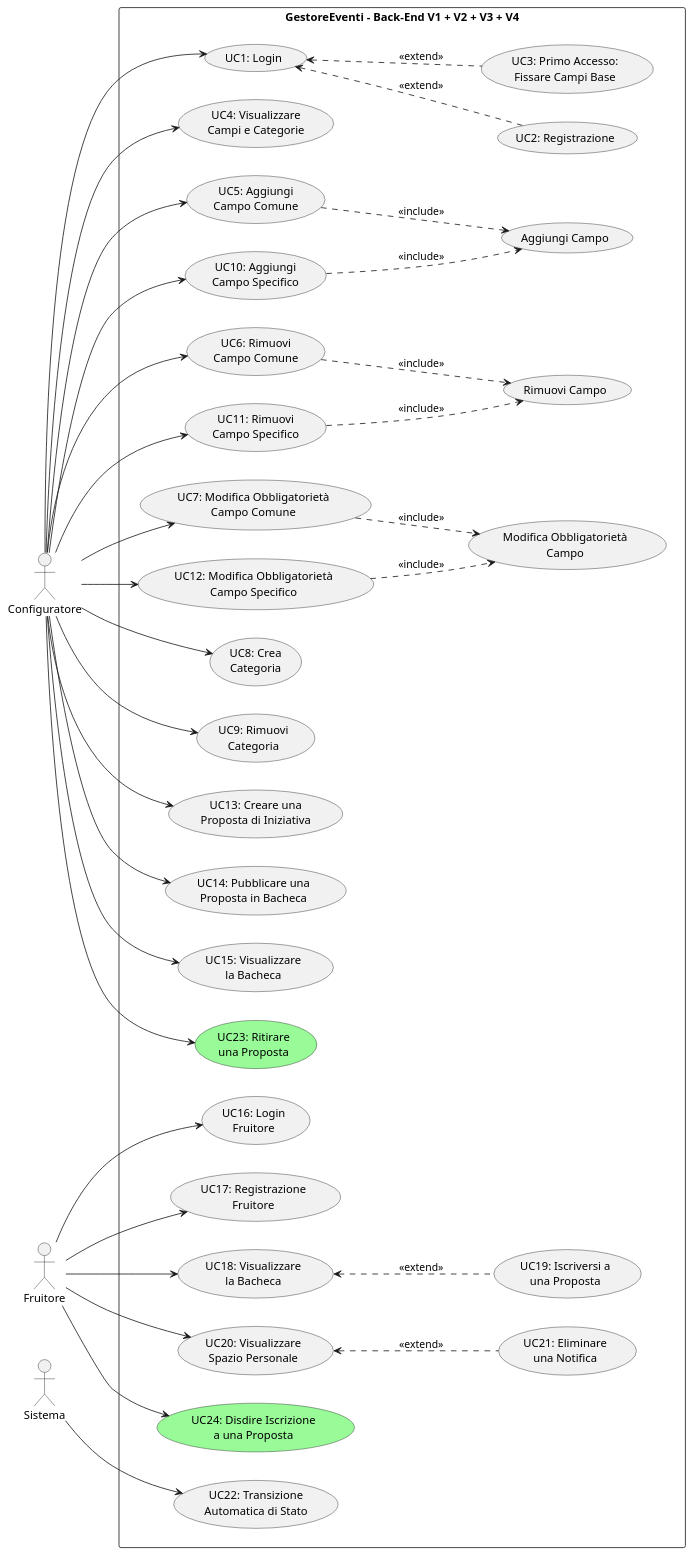
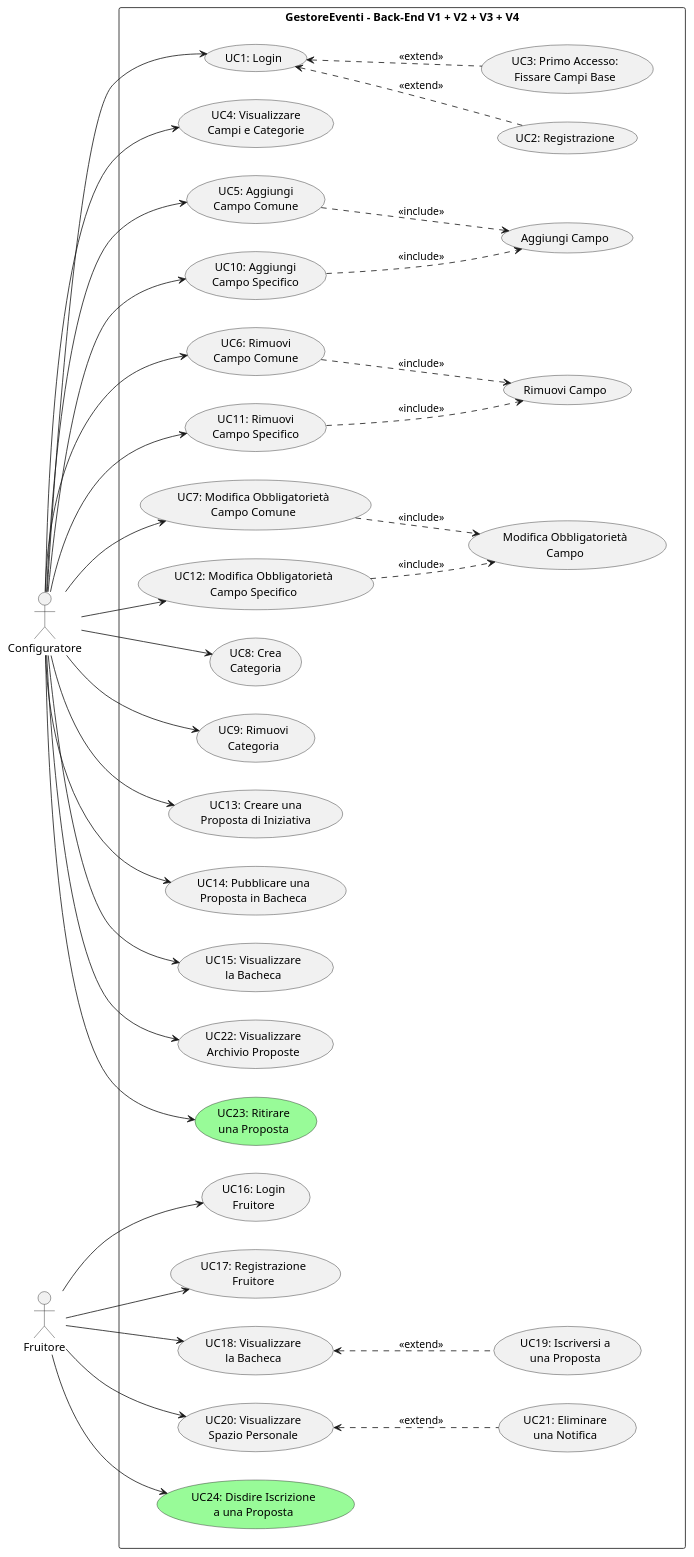
Before and after one commit to brahimgrr/GestoreEventi: the diagram in doc/v4/UC V4.puml, drawn with PlantUML. The commit also changed 7 other files, not shown here.

Commit message:
Add use case documentation and diagrams for versions V1 through V5

```diff
--- a/doc/v4/UC V4.puml
+++ b/doc/v4/UC V4.puml
@@ -1,105 +1,101 @@
 @startuml
 left to right direction
 
 actor Configuratore as C
 actor Fruitore as F
-actor Sistema as S
 
 rectangle "GestoreEventi - Back-End V1 + V2 + V3 + V4" {
 
 ' ================= LEFT SIDE (Configuratore) =================
 together {
   usecase "UC1: Login" as Login
   usecase "UC2: Registrazione" as Reg
   usecase "UC3: Primo Accesso:\nFissare Campi Base" as Primo
 
   usecase "UC4: Visualizzare\nCampi e Categorie" as Vis
 
   usecase "UC5: Aggiungi\nCampo Comune" as ACC
   usecase "UC10: Aggiungi\nCampo Specifico" as ACS
   usecase "Aggiungi Campo" as AC
 
   usecase "UC6: Rimuovi\nCampo Comune" as RCC
   usecase "UC11: Rimuovi\nCampo Specifico" as RCS
   usecase "Rimuovi Campo" as RC
 
   usecase "UC7: Modifica Obbligatorietà\nCampo Comune" as MOCC
   usecase "UC12: Modifica Obbligatorietà\nCampo Specifico" as MOCS
   usecase "Modifica Obbligatorietà\nCampo" as MO
 
   usecase "UC8: Crea\nCategoria" as CreaCat
   usecase "UC9: Rimuovi\nCategoria" as RimCat
 
   usecase "UC13: Creare una\nProposta di Iniziativa" as CreaProp
   usecase "UC14: Pubblicare una\nProposta in Bacheca" as PubProp
   usecase "UC15: Visualizzare\nla Bacheca" as VisBach
+  usecase "UC22: Visualizzare\nArchivio Proposte" as VisArch
 
   usecase "UC23: Ritirare\nuna Proposta" as RitProp #PaleGreen
 }
 
-' ================= RIGHT SIDE (Fruitore + Sistema) =================
+' ================= RIGHT SIDE (Fruitore) =================
 together {
   usecase "UC16: Login\nFruitore" as LoginF
   usecase "UC17: Registrazione\nFruitore" as RegF
 
   usecase "UC18: Visualizzare\nla Bacheca" as VisBachF
   usecase "UC19: Iscriversi a\nuna Proposta" as Iscrivi
 
   usecase "UC20: Visualizzare\nSpazio Personale" as VisSP
   usecase "UC21: Eliminare\nuna Notifica" as DelNot
-
-  usecase "UC22: Transizione\nAutomatica di Stato" as TransAuto
 
   usecase "UC24: Disdire Iscrizione\na una Proposta" as DisdIscrivi #PaleGreen
 }
 
 ' ===== FORCE LEFT/RIGHT SEPARATION =====
 Login -[hidden]right-> LoginF
 
 ' ================= RELATIONSHIPS =================
 Login <.. Reg : <<extend>>
 Login <.. Primo : <<extend>>
 
 ACC ..> AC : <<include>>
 ACS ..> AC : <<include>>
 
 RCC ..> RC : <<include>>
 RCS ..> RC : <<include>>
 
 MOCC ..> MO : <<include>>
 MOCS ..> MO : <<include>>
 
 VisBachF <.. Iscrivi : <<extend>>
 VisSP <.. DelNot : <<extend>>
 
 }
 
 ' ================= ACTOR LINKS =================
 C --> Login
 C --> Vis
 C --> ACC
 C --> RCC
 C --> MOCC
 C --> CreaCat
 C --> RimCat
 C --> ACS
 C --> RCS
 C --> MOCS
 C --> CreaProp
 C --> PubProp
 C --> VisBach
+C --> VisArch
 C --> RitProp
 
 F --> LoginF
 F --> RegF
 F --> VisBachF
 F --> VisSP
 F --> DisdIscrivi
 
-S --> TransAuto
-
 ' ===== FORCE ACTORS TO THE RIGHT =====
 C -[hidden]right-> F
-F -[hidden]right-> S
 
 @enduml
```
